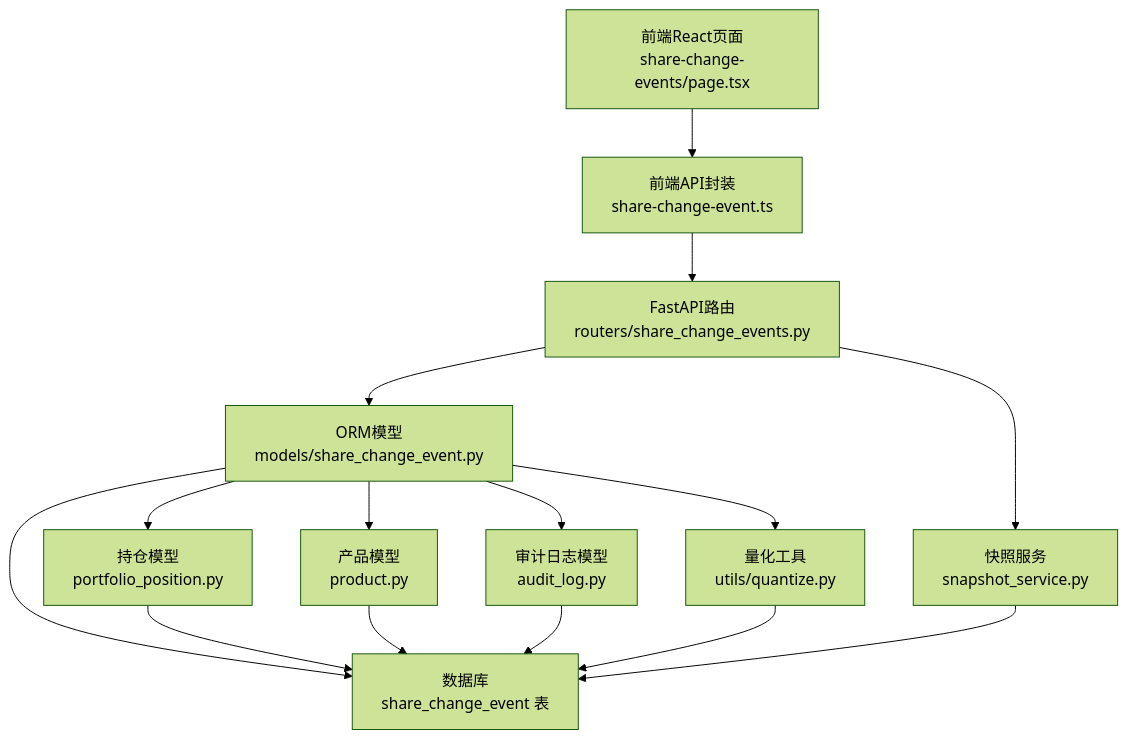
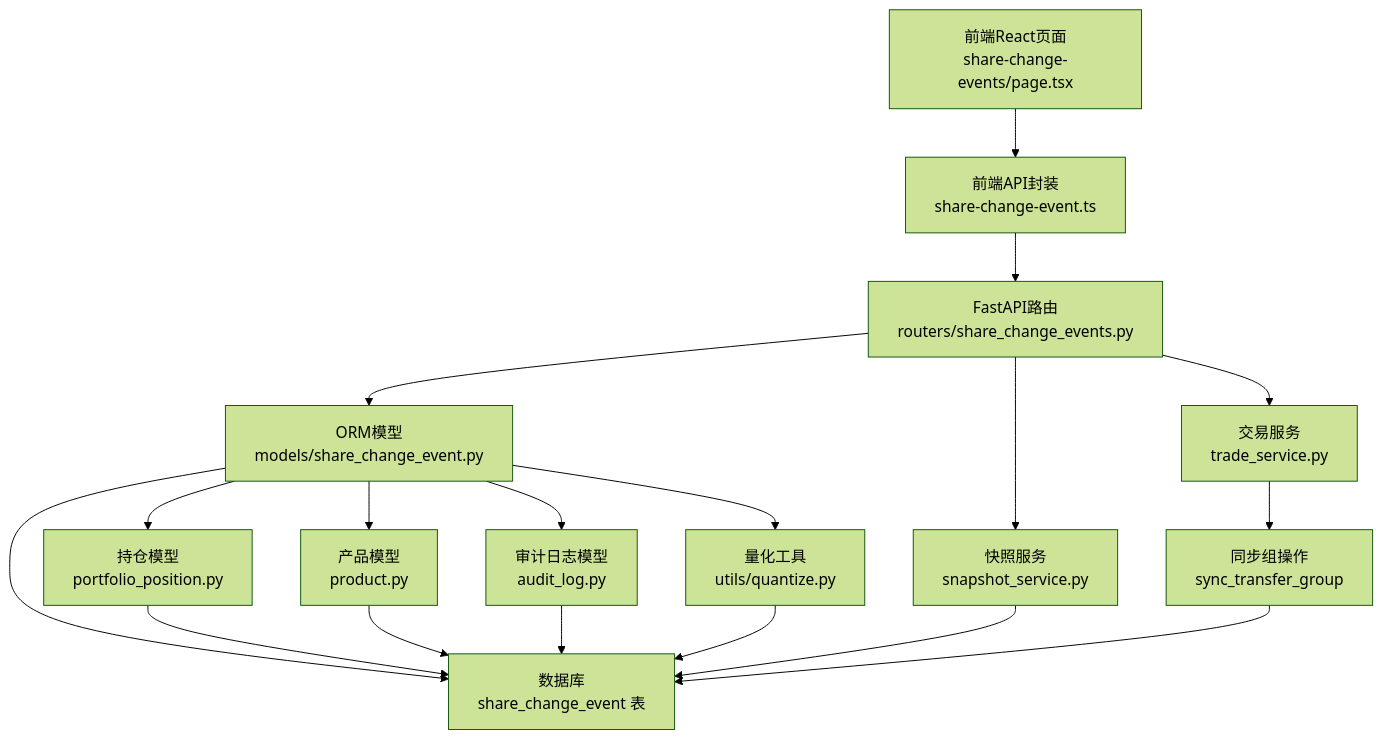
Before and after one commit to gujialind/InvestRing: the first of 3 diagrams in .qoder/repowiki/zh/content/核心业务功能/份额变动事件.md, drawn with Mermaid (forest theme). The commit also changed other lines of this file and 28 other files, not shown here.

````diff
--- a/.qoder/repowiki/zh/content/核心业务功能/份额变动事件.md
+++ b/.qoder/repowiki/zh/content/核心业务功能/份额变动事件.md
@@ -41,17 +44,20 @@
 ```mermaid
 graph TB
 FE["前端React页面<br/>share-change-events/page.tsx"] --> API["前端API封装<br/>share-change-event.ts"]
 API --> Router["FastAPI路由<br/>routers/share_change_events.py"]
 Router --> Model["ORM模型<br/>models/share_change_event.py"]
 Router --> SnapshotService["快照服务<br/>snapshot_service.py"]
 Model --> DB["数据库<br/>share_change_event 表"]
 SnapshotService --> DB
 Model --> PositionModel["持仓模型<br/>portfolio_position.py"]
 Model --> ProductModel["产品模型<br/>product.py"]
 Model --> AuditModel["审计日志模型<br/>audit_log.py"]
 PositionModel --> DB
 ProductModel --> DB
 AuditModel --> DB
 Model --> Quantize["量化工具<br/>utils/quantize.py"]
 Quantize --> DB
+Router --> TradeService["交易服务<br/>trade_service.py"]
+TradeService --> SyncTransferGroup["同步组操作<br/>sync_transfer_group"]
+SyncTransferGroup --> DB
 ```
````
